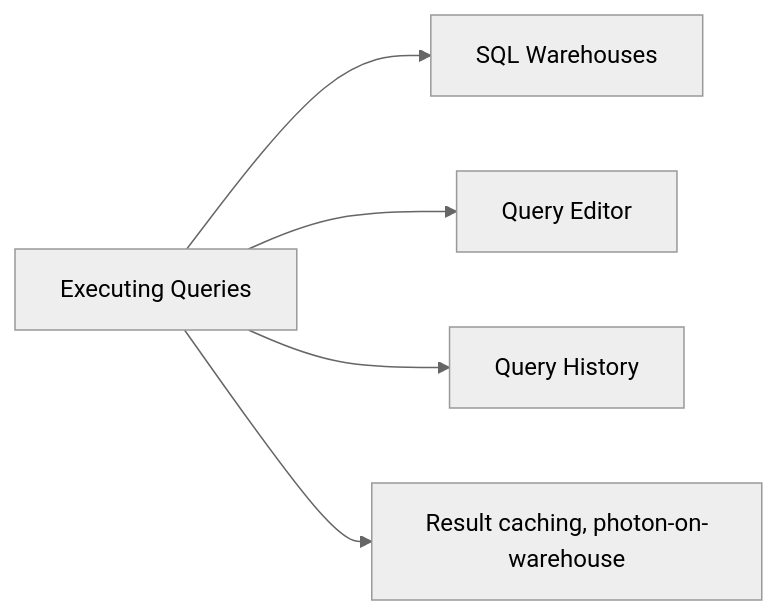
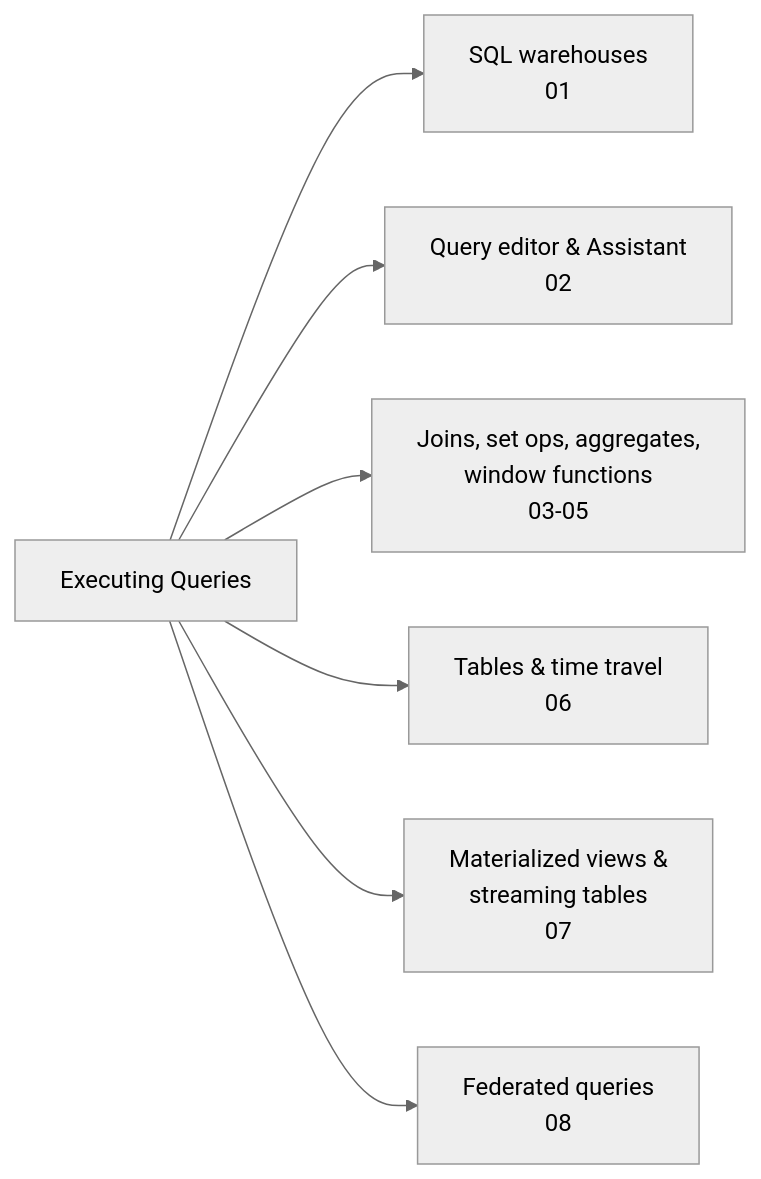
The diagram in certifications/data-analyst-associate/01-executing-queries-databricks-sql-warehouses/README.md (kengio/databricks-certification-study-guide), drawn with Mermaid (neutral theme) before and after one commit. The commit also changed other lines of this file and 66 other files, not shown here.

````diff
--- a/certifications/data-analyst-associate/01-executing-queries-databricks-sql-warehouses/README.md
+++ b/certifications/data-analyst-associate/01-executing-queries-databricks-sql-warehouses/README.md
@@ -17,7 +17,9 @@
 ```mermaid
 flowchart LR
-    EQ[Executing Queries] --> SW[SQL Warehouses]
-    EQ --> QE[Query Editor]
-    EQ --> QH[Query History]
-    EQ --> OPT[Result caching, photon-on-warehouse]
+    EQ[Executing Queries] --> SW[SQL warehouses<br/>01]
+    EQ --> QE[Query editor & Assistant<br/>02]
+    EQ --> SQL[Joins, set ops, aggregates,<br/>window functions<br/>03-05]
+    EQ --> TBL[Tables & time travel<br/>06]
+    EQ --> MV[Materialized views &<br/>streaming tables<br/>07]
+    EQ --> FED[Federated queries<br/>08]
 ```
````
